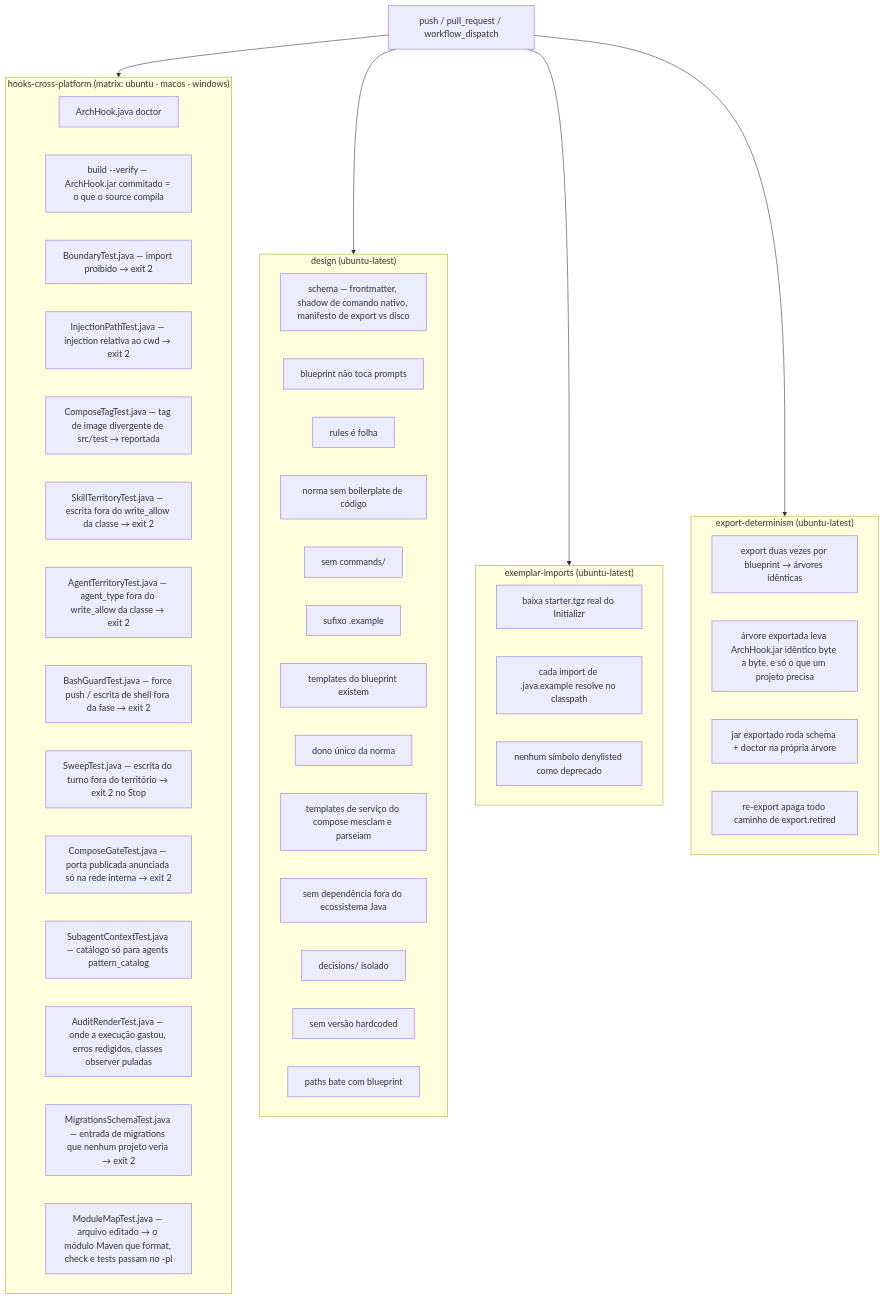
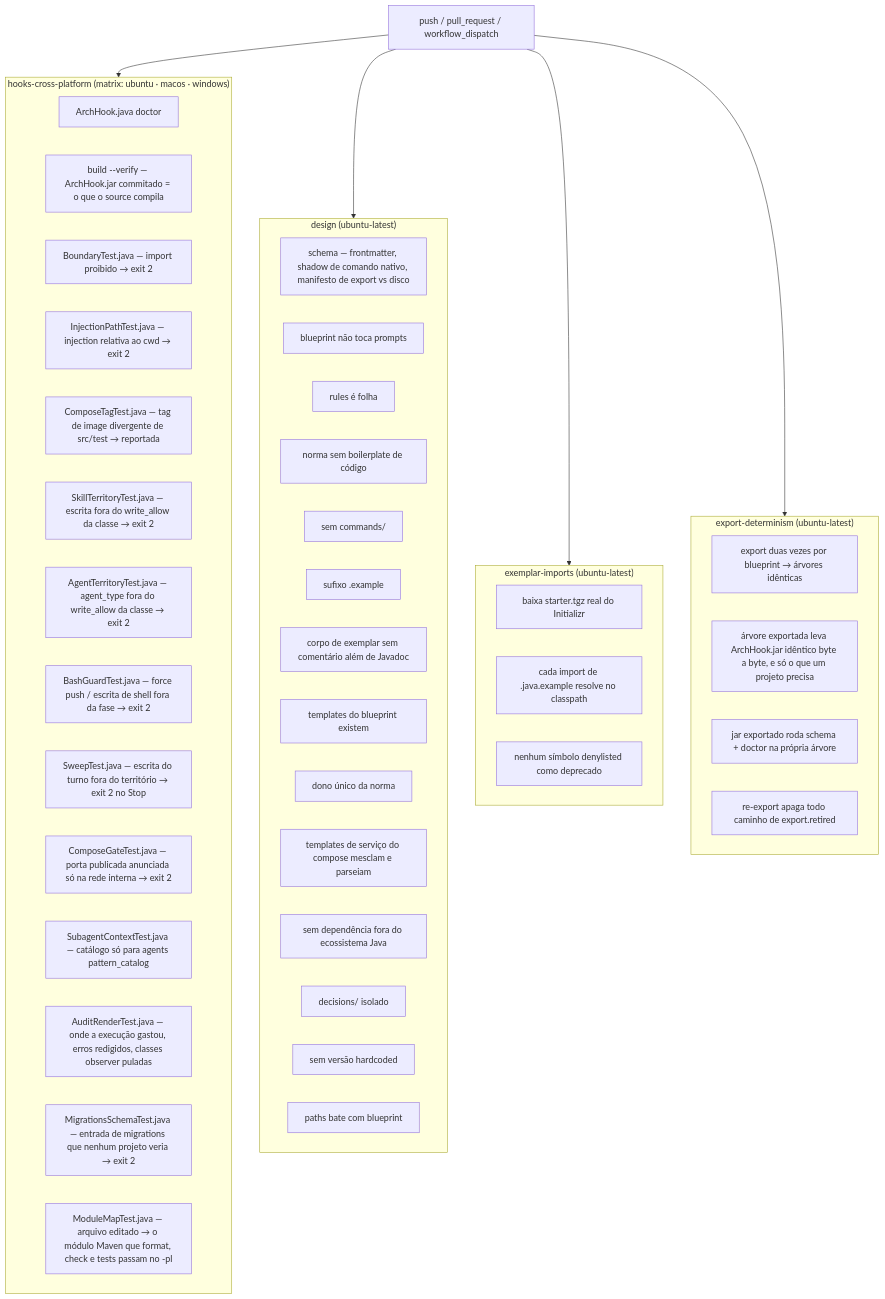
One commit to ice-lfernandes/claude-spring-architect changed the diagram in docs/pt-br/07-ci-validate.md. Above: the diagram before and after it, drawn with Mermaid. The commit also changed other lines of this file and 64 other files, not shown here.

````diff
--- a/docs/pt-br/07-ci-validate.md
+++ b/docs/pt-br/07-ci-validate.md
@@ -17,53 +17,54 @@
 ```mermaid
 flowchart TD
     T[push / pull_request / workflow_dispatch] --> J1
     T --> J2
     T --> J3
     T --> J4
 
     subgraph J1["hooks-cross-platform (matrix: ubuntu · macos · windows)"]
         H1[ArchHook.java doctor]
         H0[build --verify — ArchHook.jar commitado = o que o source compila]
         H2[BoundaryTest.java — import proibido → exit 2]
         H3[InjectionPathTest.java — injection relativa ao cwd → exit 2]
         H4[ComposeTagTest.java — tag de image divergente de src/test → reportada]
         H5[SkillTerritoryTest.java — escrita fora do write_allow da classe → exit 2]
         H6[AgentTerritoryTest.java — agent_type fora do write_allow da classe → exit 2]
         H7[BashGuardTest.java — force push / escrita de shell fora da fase → exit 2]
         H8[SweepTest.java — escrita do turno fora do território → exit 2 no Stop]
         H9[ComposeGateTest.java — porta publicada anunciada só na rede interna → exit 2]
         H10[SubagentContextTest.java — catálogo só para agents pattern_catalog]
         H11[AuditRenderTest.java — onde a execução gastou, erros redigidos, classes observer puladas]
         H12[MigrationsSchemaTest.java — entrada de migrations que nenhum projeto veria → exit 2]
         H13[ModuleMapTest.java — arquivo editado → o módulo Maven que format, check e tests passam no -pl]
     end
 
     subgraph J2["design (ubuntu-latest)"]
         D1[schema — frontmatter, shadow de comando nativo, manifesto de export vs disco]
         D4[blueprint não toca prompts]
         D5[rules é folha]
         D6[norma sem boilerplate de código]
         D7[sem commands/]
         D8[sufixo .example]
+        D16[corpo de exemplar sem comentário além de Javadoc]
         D9[templates do blueprint existem]
         D10[dono único da norma]
         D15[templates de serviço do compose mesclam e parseiam]
         D11[sem dependência fora do ecossistema Java]
         D12[decisions/ isolado]
         D13[sem versão hardcoded]
         D14[paths bate com blueprint]
     end
 
     subgraph J3["exemplar-imports (ubuntu-latest)"]
         E1[baixa starter.tgz real do Initializr]
         E2[cada import de .java.example resolve no classpath]
         E3[nenhum símbolo denylisted como deprecado]
     end
 
     subgraph J4["export-determinism (ubuntu-latest)"]
         X1[export duas vezes por blueprint → árvores idênticas]
         X2[árvore exportada leva ArchHook.jar idêntico byte a byte, e só o que um projeto precisa]
         X3[jar exportado roda schema + doctor na própria árvore]
         X4[re-export apaga todo caminho de export.retired]
     end
 ```
````
